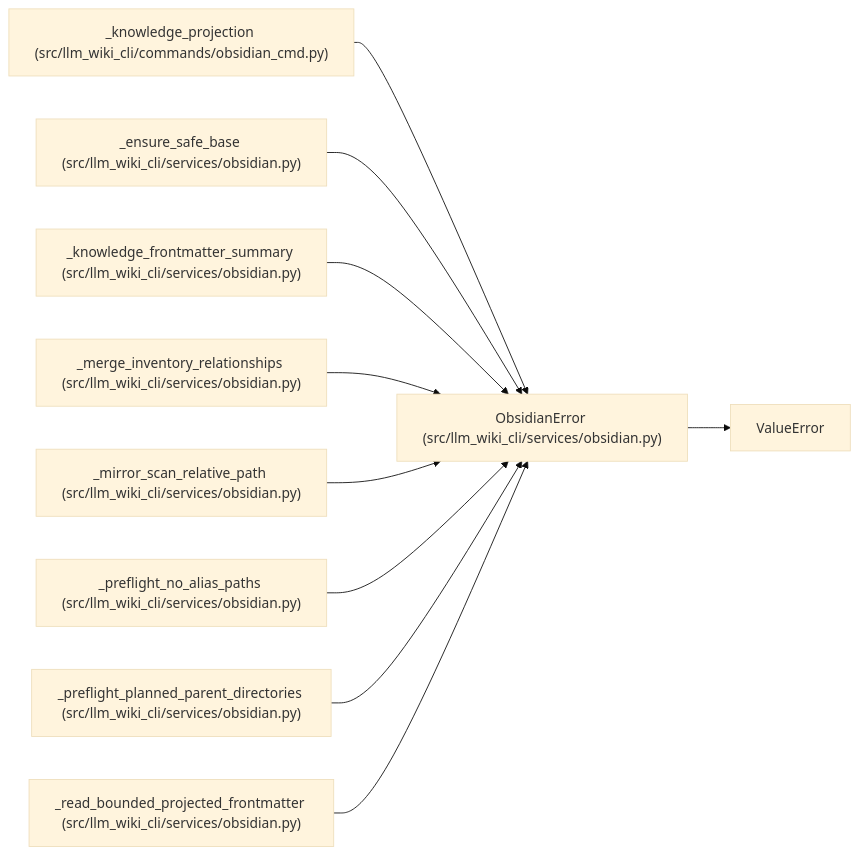
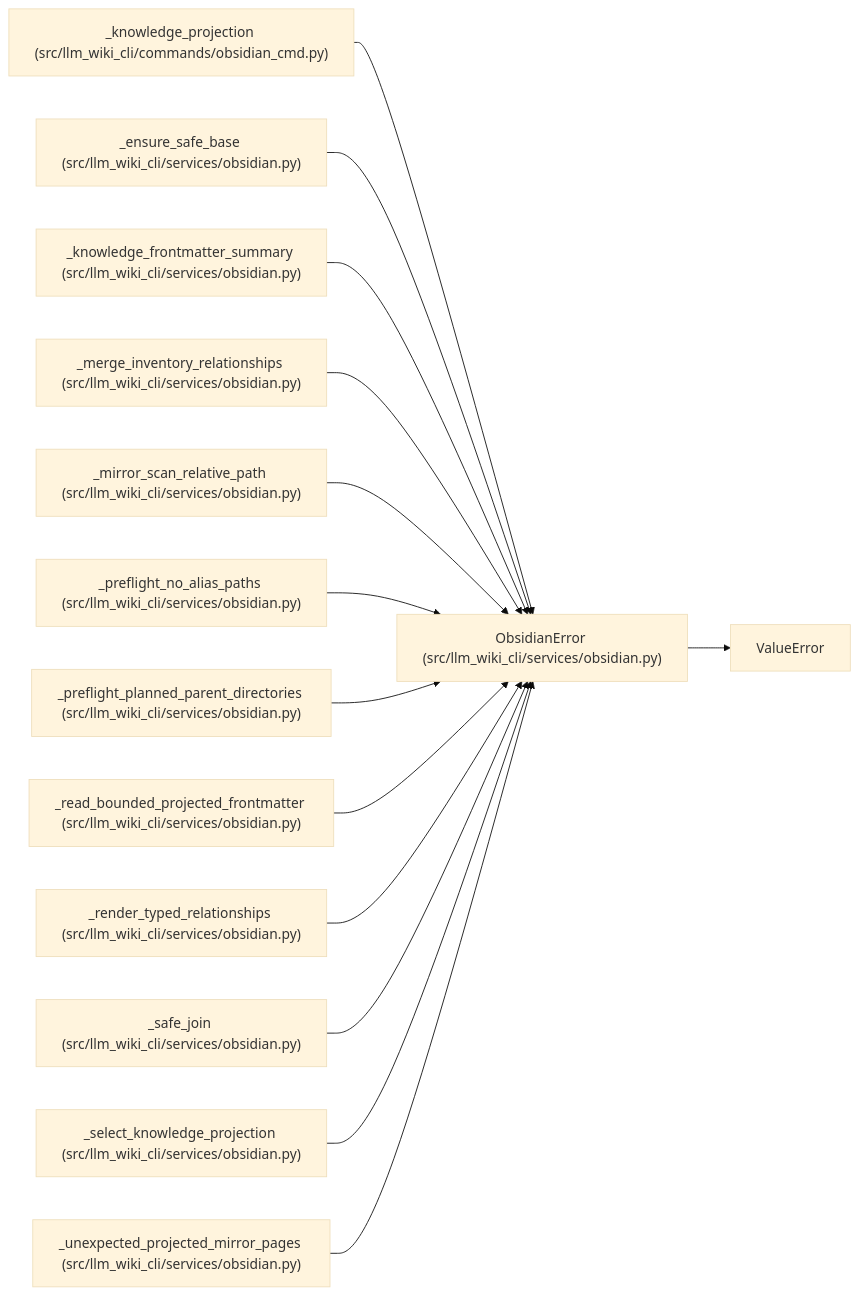
The diagram in docs/llm_wiki/entities/ObsidianError.md (Denissvgn/python-wiki-llm), drawn with Mermaid (base theme) before and after one commit. The commit also changed other lines of this file and 493 other files, not shown here.

````diff
--- a/docs/llm_wiki/entities/ObsidianError.md
+++ b/docs/llm_wiki/entities/ObsidianError.md
@@ -23,31 +23,43 @@
 ```mermaid
 flowchart LR
     n0["ObsidianError (src/llm_wiki_cli/services/obsidian.py)"]
     n1["ValueError"]
     n2["_knowledge_projection (src/llm_wiki_cli/commands/obsidian_cmd.py)"]
     n3["_ensure_safe_base (src/llm_wiki_cli/services/obsidian.py)"]
     n4["_knowledge_frontmatter_summary (src/llm_wiki_cli/services/obsidian.py)"]
     n5["_merge_inventory_relationships (src/llm_wiki_cli/services/obsidian.py)"]
     n6["_mirror_scan_relative_path (src/llm_wiki_cli/services/obsidian.py)"]
     n7["_preflight_no_alias_paths (src/llm_wiki_cli/services/obsidian.py)"]
     n8["_preflight_planned_parent_directories (src/llm_wiki_cli/services/obsidian.py)"]
     n9["_read_bounded_projected_frontmatter (src/llm_wiki_cli/services/obsidian.py)"]
+    n10["_render_typed_relationships (src/llm_wiki_cli/services/obsidian.py)"]
+    n11["_safe_join (src/llm_wiki_cli/services/obsidian.py)"]
+    n12["_select_knowledge_projection (src/llm_wiki_cli/services/obsidian.py)"]
+    n13["_unexpected_projected_mirror_pages (src/llm_wiki_cli/services/obsidian.py)"]
     n0 --> n1
     n2 --> n0
     n3 --> n0
     n4 --> n0
     n5 --> n0
     n6 --> n0
     n7 --> n0
     n8 --> n0
     n9 --> n0
+    n10 --> n0
+    n11 --> n0
+    n12 --> n0
+    n13 --> n0
     click n0 "../modules/obsidian.md"
     click n2 "../modules/obsidian_cmd.md"
     click n3 "../modules/obsidian.md"
     click n4 "../modules/obsidian.md"
     click n5 "../modules/obsidian.md"
     click n6 "../modules/obsidian.md"
     click n7 "../modules/obsidian.md"
     click n8 "../modules/obsidian.md"
     click n9 "../modules/obsidian.md"
+    click n10 "../modules/obsidian.md"
+    click n11 "../modules/obsidian.md"
+    click n12 "../modules/obsidian.md"
+    click n13 "../modules/obsidian.md"
 ```
````
